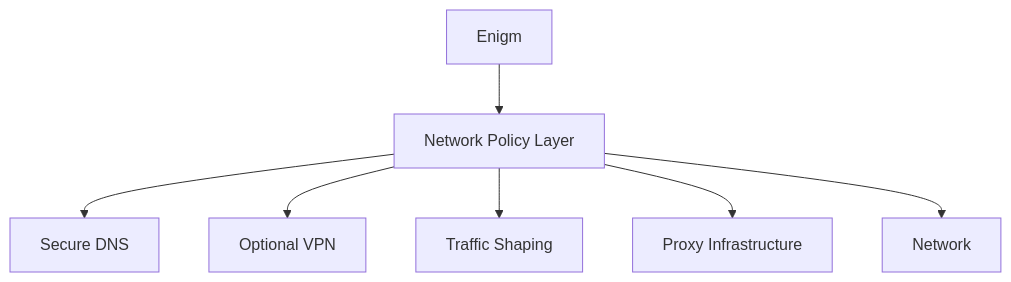
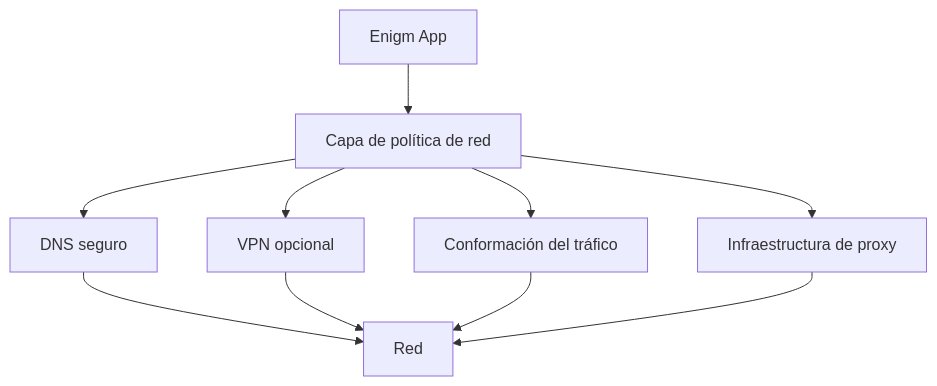
Before and after one commit to enigm-llc/docs: the diagram in es/os/network-policy.mdx, drawn with Mermaid. The commit also changed other lines of this file and 43 other files, not shown here.

````diff
--- a/es/os/network-policy.mdx
+++ b/es/os/network-policy.mdx
@@ -38,17 +23,20 @@
 ```mermaid
 flowchart TD
-  App["Enigm"]
-  Policy["Network Policy Layer"]
-  DNS["Secure DNS"]
-  VPN["Optional VPN"]
-  Shaping["Traffic Shaping"]
-  Proxy["Proxy Infrastructure"]
-  Network["Network"]
+  App["Enigm App"]
+  Policy["Capa de política de red"]
+  DNS["DNS seguro"]
+  VPN["VPN opcional"]
+  Shaping["Conformación del tráfico"]
+  Proxy["Infraestructura de proxy"]
+  Network["Red"]
 
   App --> Policy
   Policy --> DNS
   Policy --> VPN
   Policy --> Shaping
   Policy --> Proxy
-  Policy --> Network
+  DNS --> Network
+  VPN --> Network
+  Shaping --> Network
+  Proxy --> Network
 ```
````
